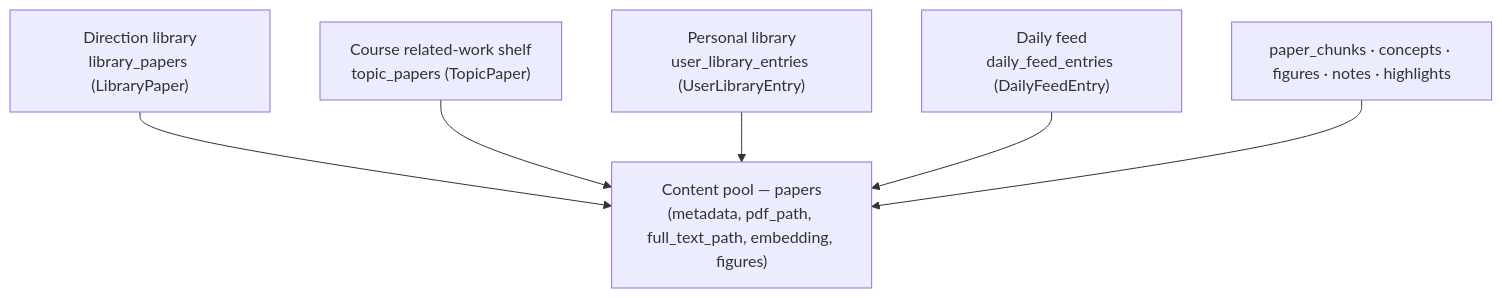
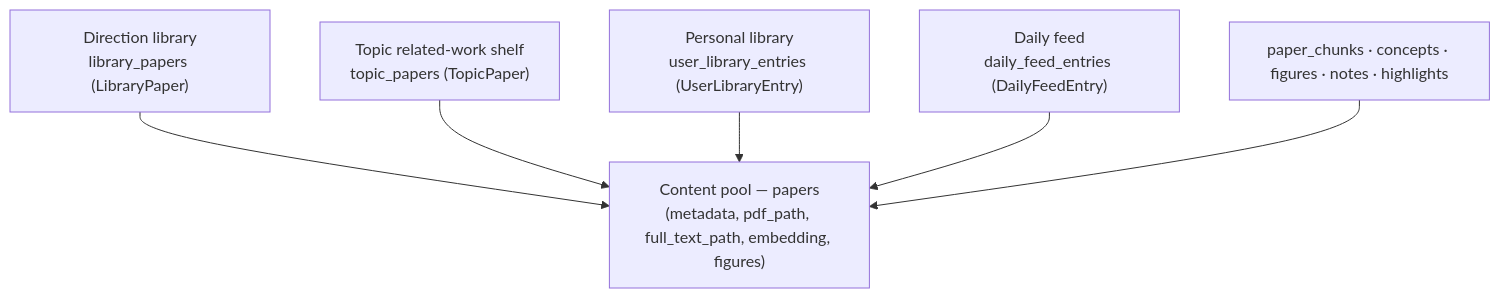
One commit to RichardYann/Polaris changed the diagram in docs/literature-management.md. Above: the diagram before and after it, drawn with Mermaid. The commit also changed other lines of this file and 2 other files, not shown here.

````diff
--- a/docs/literature-management.md
+++ b/docs/literature-management.md
@@ -14,13 +19,13 @@
 ```mermaid
 flowchart TD
     POOL["Content pool — papers\n(metadata, pdf_path, full_text_path, embedding, figures)"]
     DL["Direction library\nlibrary_papers (LibraryPaper)"]
-    SH["Course related-work shelf\ntopic_papers (TopicPaper)"]
+    SH["Topic related-work shelf\ntopic_papers (TopicPaper)"]
     PL["Personal library\nuser_library_entries (UserLibraryEntry)"]
     DF["Daily feed\ndaily_feed_entries (DailyFeedEntry)"]
     DL --> POOL
     SH --> POOL
     PL --> POOL
     DF --> POOL
     CH["paper_chunks · concepts · figures · notes · highlights"] --> POOL
 ```
````
